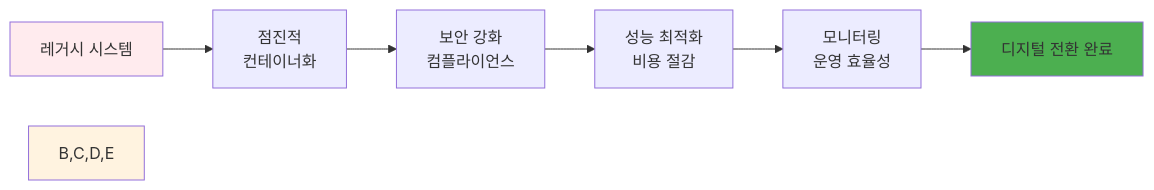
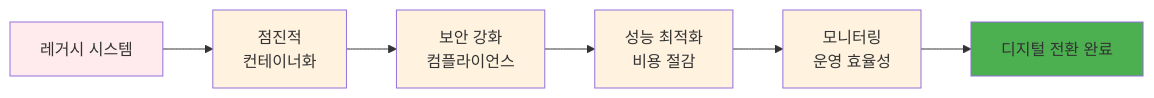
Before and after one commit to niceguy61/kdt_devops_lecture_2025: the fourth of 14 diagrams in theory/week_02/day4/README_corrected.md, drawn with Mermaid. The commit also changed other lines of this file and 12 other files, not shown here.

Commit message:
mermaid 수정

````diff
--- a/theory/week_02/day4/README_corrected.md
+++ b/theory/week_02/day4/README_corrected.md
@@ -142,12 +151,15 @@
 ```mermaid
 graph LR
     A[레거시 시스템] --> B[점진적<br/>컨테이너화]
     B --> C[보안 강화<br/>컴플라이언스]
     C --> D[성능 최적화<br/>비용 절감]
     D --> E[모니터링<br/>운영 효율성]
     E --> F[디지털 전환 완료]
     
     style A fill:#ffebee
-    style B,C,D,E fill:#fff3e0
+    style B fill:#fff3e0
+    style C fill:#fff3e0
+    style D fill:#fff3e0
+    style E fill:#fff3e0
     style F fill:#4caf50
 ```
````
